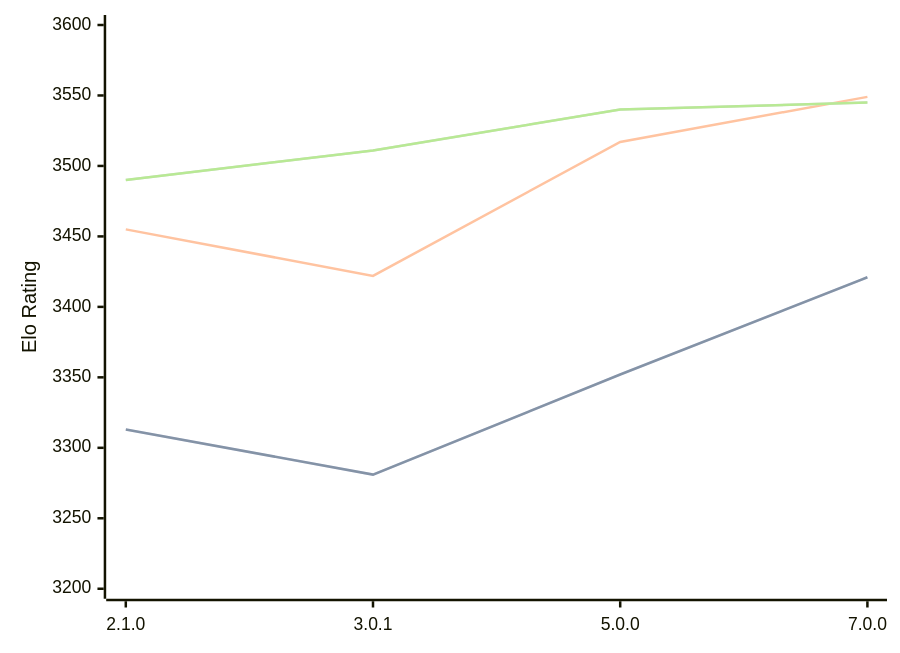
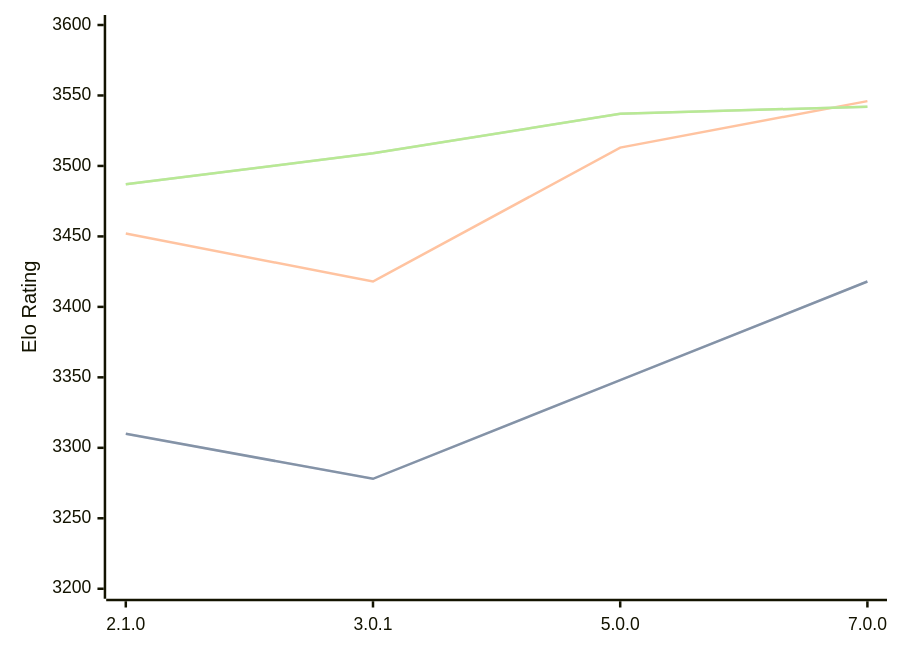
The diagram in engines/PlentyChess.md (computer-chess-index/cci), drawn with Mermaid before and after one commit. The commit also changed other lines of this file, not shown here.

Commit message:
Update CCI Ratings (ELO VLTC) - 2026-06-08

````diff
--- a/engines/PlentyChess.md
+++ b/engines/PlentyChess.md
@@ -45,11 +45,11 @@
 ```mermaid
 %%{init: {"theme":"base","themeVariables":{"seriesColors:['#a3a3a3','#222221','#faa371']}}}%%
 xychart-beta
   x-axis ["2.1.0", "3.0.1", "5.0.0", "7.0.0"]
   y-axis "Elo Rating" 3200 --> 3600
-  line "STC (8.0+0.08s)" [3313, 3281, 3352, 3421]
-  line "STC (8.0+0.08s)" [3313, 3281, 3352, 3421]
-  line "LTC (60.0+0.60s)" [3455, 3422, 3517, 3549]
-  line "VLTC (2m24s+1.12s)" [3490, 3511, 3540, 3545]
-  line "VLTC (2m24s+1.12s)" [3490, 3511, 3540, 3545]
+  line "STC (8.0+0.08s)" [3310, 3278, 3348, 3418]
+  line "STC (8.0+0.08s)" [3310, 3278, 3348, 3418]
+  line "LTC (60.0+0.60s)" [3452, 3418, 3513, 3546]
+  line "VLTC (2m24s+1.12s)" [3487, 3509, 3537, 3542]
+  line "VLTC (2m24s+1.12s)" [3487, 3509, 3537, 3542]
 ```
````
